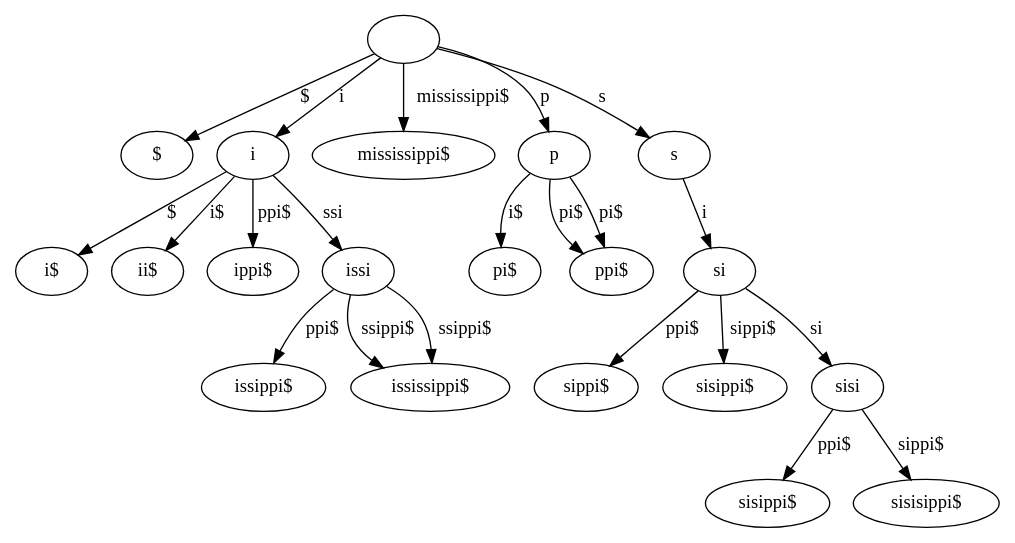
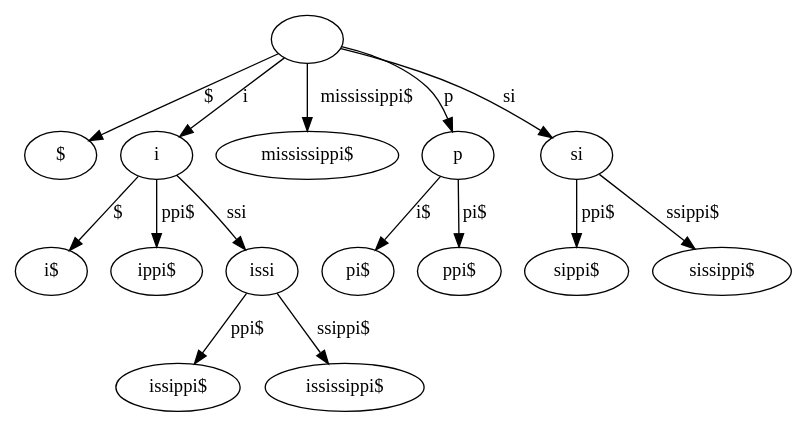
One commit to cmkobel/GSA changed the diagram in 3_lcp_suffix_tree/test-output/iter/10.gv. Above: the diagram before and after it, drawn with Graphviz. The commit also changed 24 other files, not shown here.

```diff
--- a/3_lcp_suffix_tree/test-output/iter/10.gv
+++ b/3_lcp_suffix_tree/test-output/iter/10.gv
@@ -1,46 +1,32 @@
 // Suffix tree
 digraph {
 	"|" [label=""]
 	"$|$" [label="$"]
 	"|" -> "$|$" [label="$"]
 	"i|i" [label=i]
 	"$|i$" [label="i$"]
 	"i|i" -> "$|i$" [label="$"]
-	"i$|ii$" [label="ii$"]
-	"i|i" -> "i$|ii$" [label="i$"]
 	"ppi$|ippi$" [label="ippi$"]
 	"i|i" -> "ppi$|ippi$" [label="ppi$"]
 	"ssi|issi" [label=issi]
 	"ppi$|issippi$" [label="issippi$"]
 	"ssi|issi" -> "ppi$|issippi$" [label="ppi$"]
-	"ssippi$|ississippi$" [label="ississippi$"]
-	"ssi|issi" -> "ssippi$|ississippi$" [label="ssippi$"]
 	"ssippi$|ississippi$" [label="ississippi$"]
 	"ssi|issi" -> "ssippi$|ississippi$" [label="ssippi$"]
 	"i|i" -> "ssi|issi" [label=ssi]
 	"|" -> "i|i" [label=i]
 	"mississippi$|mississippi$" [label="mississippi$"]
 	"|" -> "mississippi$|mississippi$" [label="mississippi$"]
 	"p|p" [label=p]
 	"i$|pi$" [label="pi$"]
 	"p|p" -> "i$|pi$" [label="i$"]
 	"pi$|ppi$" [label="ppi$"]
 	"p|p" -> "pi$|ppi$" [label="pi$"]
-	"pi$|ppi$" [label="ppi$"]
-	"p|p" -> "pi$|ppi$" [label="pi$"]
 	"|" -> "p|p" [label=p]
-	"s|s" [label=s]
-	"i|si" [label=si]
+	"si|si" [label=si]
 	"ppi$|sippi$" [label="sippi$"]
-	"i|si" -> "ppi$|sippi$" [label="ppi$"]
-	"sippi$|sisippi$" [label="sisippi$"]
-	"i|si" -> "sippi$|sisippi$" [label="sippi$"]
-	"si|sisi" [label=sisi]
-	"ppi$|sisippi$" [label="sisippi$"]
-	"si|sisi" -> "ppi$|sisippi$" [label="ppi$"]
-	"sippi$|sisisippi$" [label="sisisippi$"]
-	"si|sisi" -> "sippi$|sisisippi$" [label="sippi$"]
-	"i|si" -> "si|sisi" [label=si]
-	"s|s" -> "i|si" [label=i]
-	"|" -> "s|s" [label=s]
+	"si|si" -> "ppi$|sippi$" [label="ppi$"]
+	"ssippi$|sissippi$" [label="sissippi$"]
+	"si|si" -> "ssippi$|sissippi$" [label="ssippi$"]
+	"|" -> "si|si" [label=si]
 }
```
